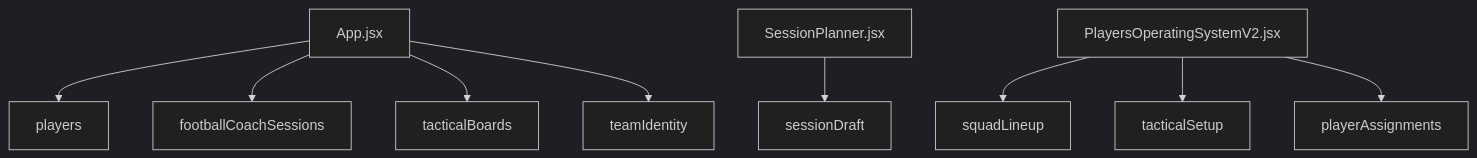
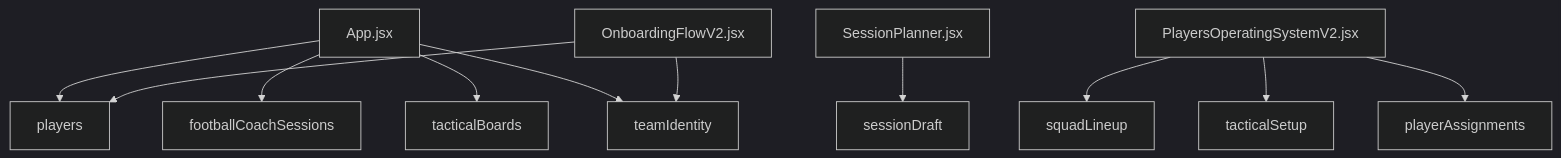
Before and after one commit to susmithdion7-oss/football-coach-command-centre: the diagram in docs/DATA_AND_STORAGE.md, drawn with Mermaid (dark theme). The commit also changed other lines of this file, not shown here.

````diff
--- a/docs/DATA_AND_STORAGE.md
+++ b/docs/DATA_AND_STORAGE.md
@@ -41,11 +43,13 @@
 ```mermaid
 flowchart TD
   App[App.jsx] --> Players[players]
   App --> Sessions[footballCoachSessions]
   App --> Boards[tacticalBoards]
   App --> Identity[teamIdentity]
   SessionPlanner[SessionPlanner.jsx] --> Draft[sessionDraft]
   PlayersOS[PlayersOperatingSystemV2.jsx] --> Lineup[squadLineup]
   PlayersOS --> Tactic[tacticalSetup]
   PlayersOS --> Assignments[playerAssignments]
+  Onboarding[OnboardingFlowV2.jsx] --> Players
+  Onboarding --> Identity
 ```
````
